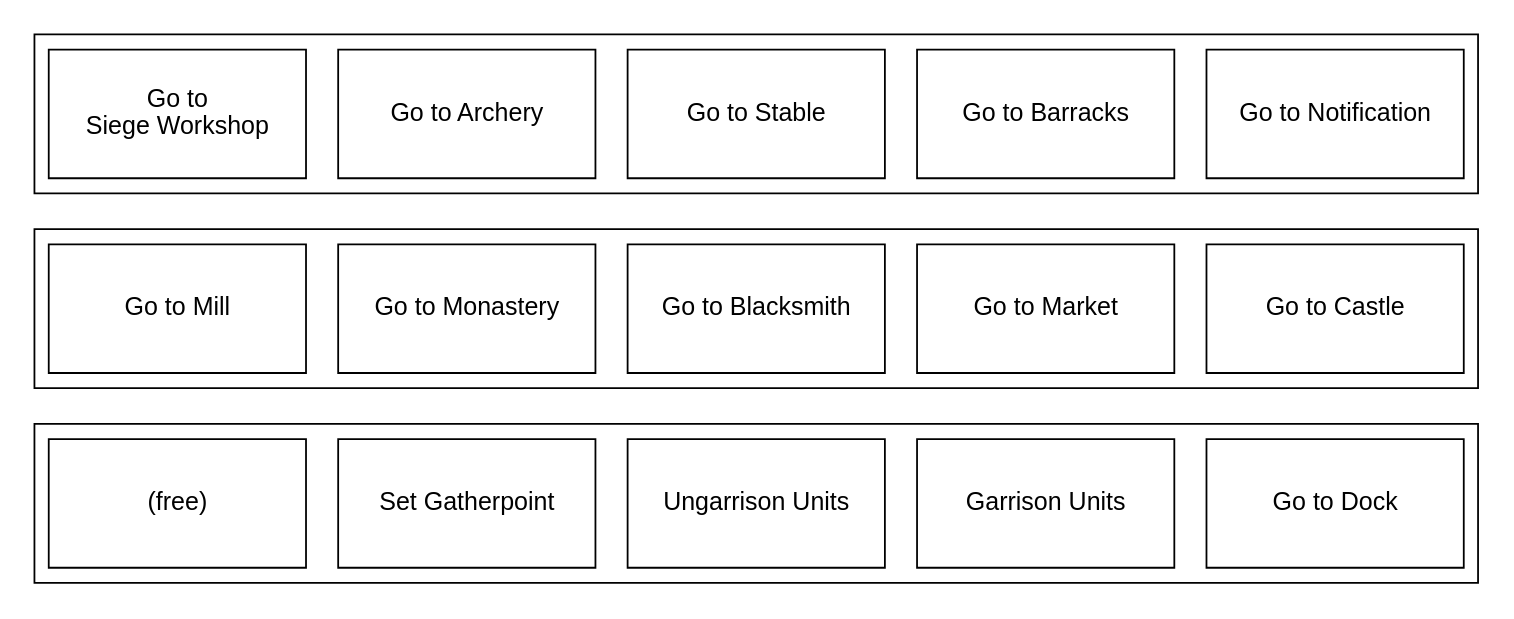
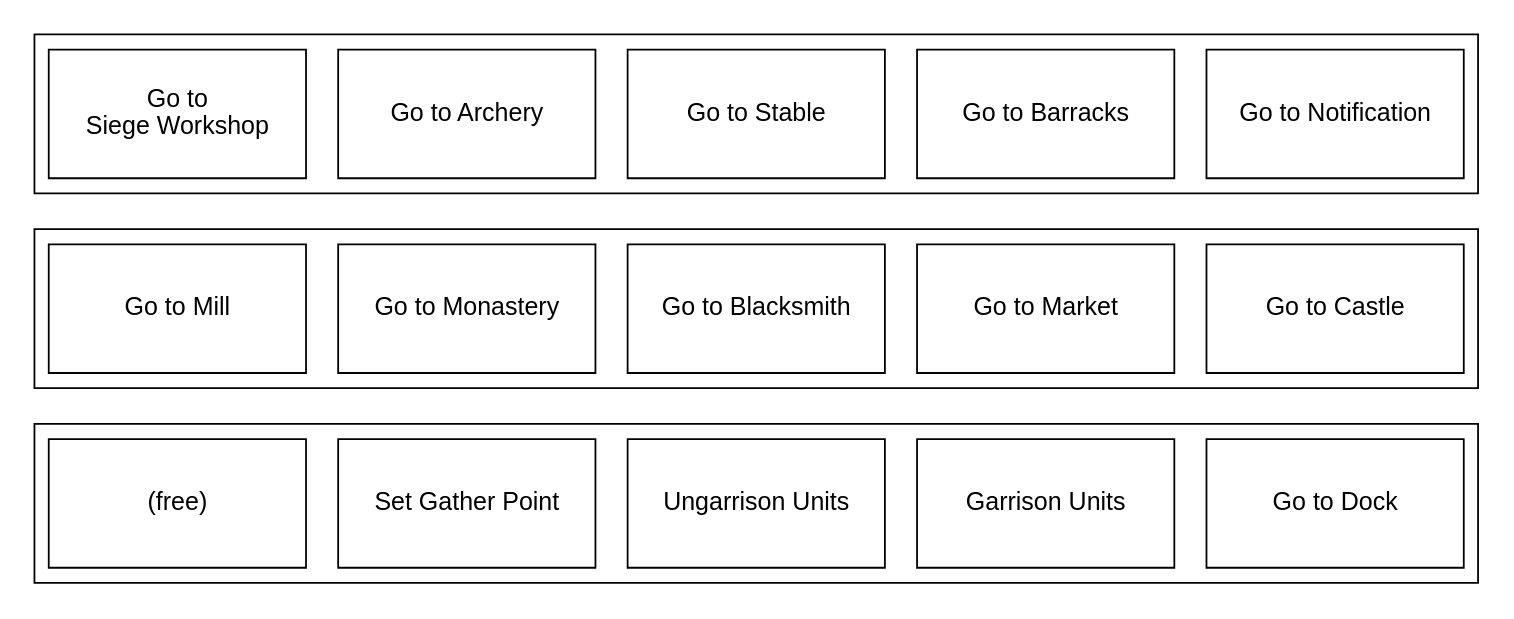
Before and after one commit to TheAgeOfCoding/age-hotkey-science: the diagram in layer4.dot, drawn with Graphviz. The commit also changed 1 other file, not shown here.

Commit message:
Fix typo in set gather point

```diff
--- a/layer4.dot
+++ b/layer4.dot
@@ -1,27 +1,27 @@
 digraph D {
     node [pin=true, width=2, height=1, shape=record, fixedsize=true, autosize=false, fontname="Arial"];
     subgraph cluster_0 {
       e [label="Go to Notification"];
       d [label="Go to Barracks"];
       c [label="Go to Stable"];
       b [label="Go to Archery"];
       a [label="Go to\nSiege Workshop"];
     }
     subgraph cluster_1 {
       j [label="Go to Castle"];
       i [label="Go to Market"];
       h [label="Go to Blacksmith"];
       g [label="Go to Monastery"];
       f [label="Go to Mill"];
     }
 
     subgraph cluster_2 {
       k [label="Go to Dock"];
       l [label="Garrison Units"];
       m [label="Ungarrison Units"];
-      n [label="Set Gatherpoint"];
+      n [label="Set Gather Point"];
       o [label="(free)"];
     }
   a -> f [style=invis];
   j -> k [style=invis];
 }
```
